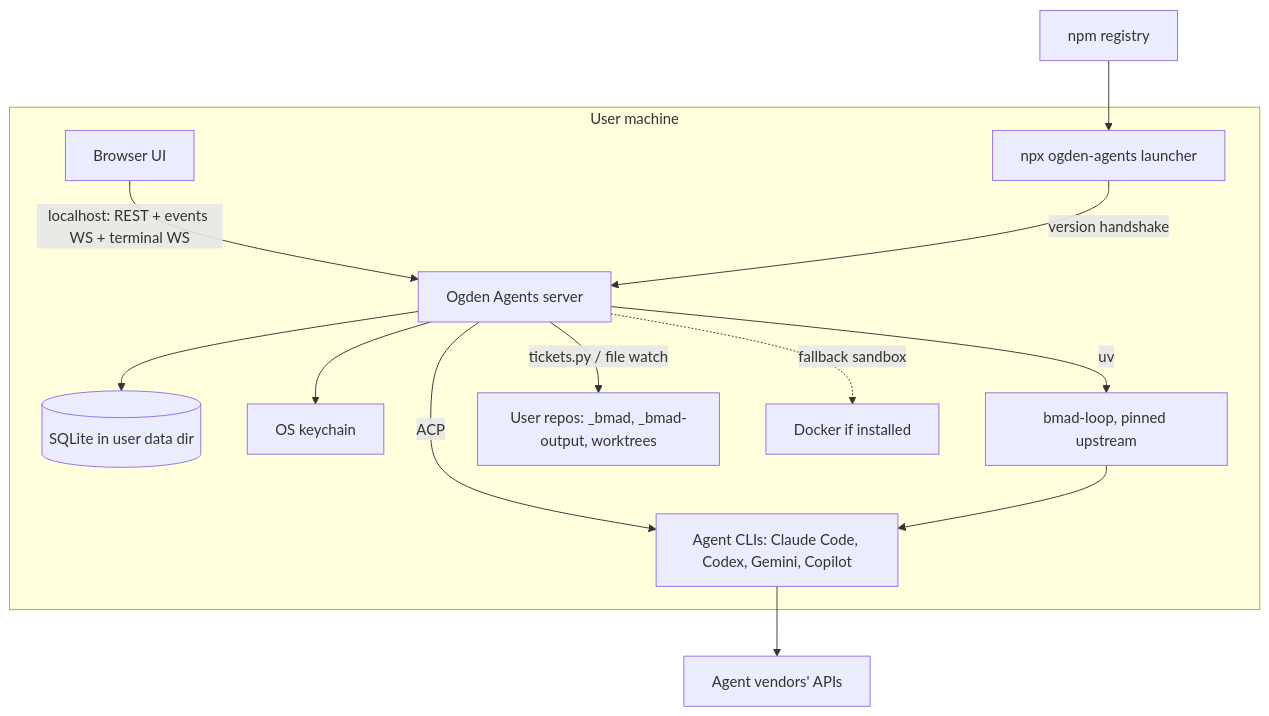
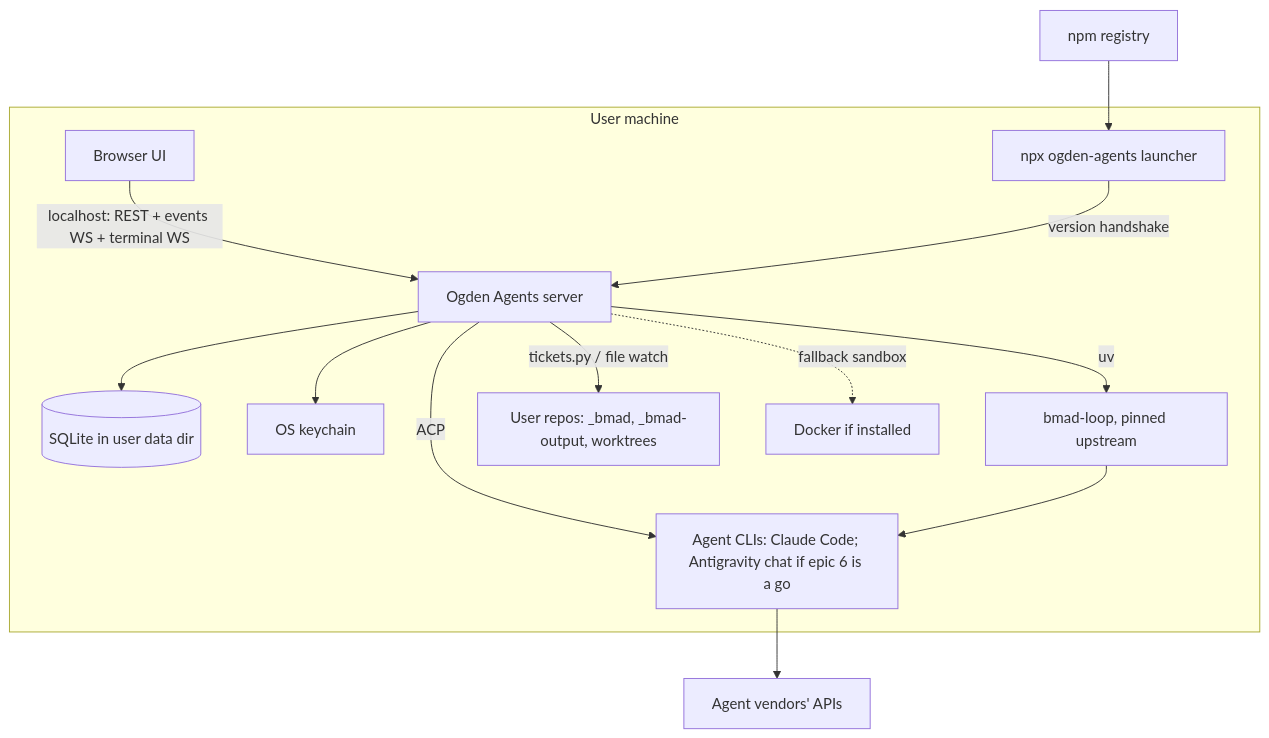
Before and after one commit to hsmith-dev/ogden-agents: the second of 3 diagrams in _bmad-output/initiative-ogden-agents/architecture-ogden-agents/architecture-ogden-agents.md, drawn with Mermaid. The commit also changed other lines of this file and 13 other files, not shown here.

````diff
--- a/_bmad-output/initiative-ogden-agents/architecture-ogden-agents/architecture-ogden-agents.md
+++ b/_bmad-output/initiative-ogden-agents/architecture-ogden-agents/architecture-ogden-agents.md
@@ -319,15 +324,15 @@
 ```mermaid
 graph TB
   subgraph Machine["User machine"]
     B[Browser UI] -- "localhost: REST + events WS + terminal WS" --> S[Ogden Agents server]
     L[npx ogden-agents launcher] -- version handshake --> S
     S --> DB[(SQLite in user data dir)]
     S --> K[OS keychain]
-    S -- ACP --> A[Agent CLIs: Claude Code, Codex, Gemini, Copilot]
+    S -- ACP --> A[Agent CLIs: Claude Code; Antigravity chat if epic 6 is a go]
     S -- uv --> BL[bmad-loop, pinned upstream] --> A
     S -- tickets.py / file watch --> R[User repos: _bmad, _bmad-output, worktrees]
     S -. fallback sandbox .-> D[Docker if installed]
   end
   A --> V[Agent vendors' APIs]
   NPM[npm registry] --> L
 ```
````
